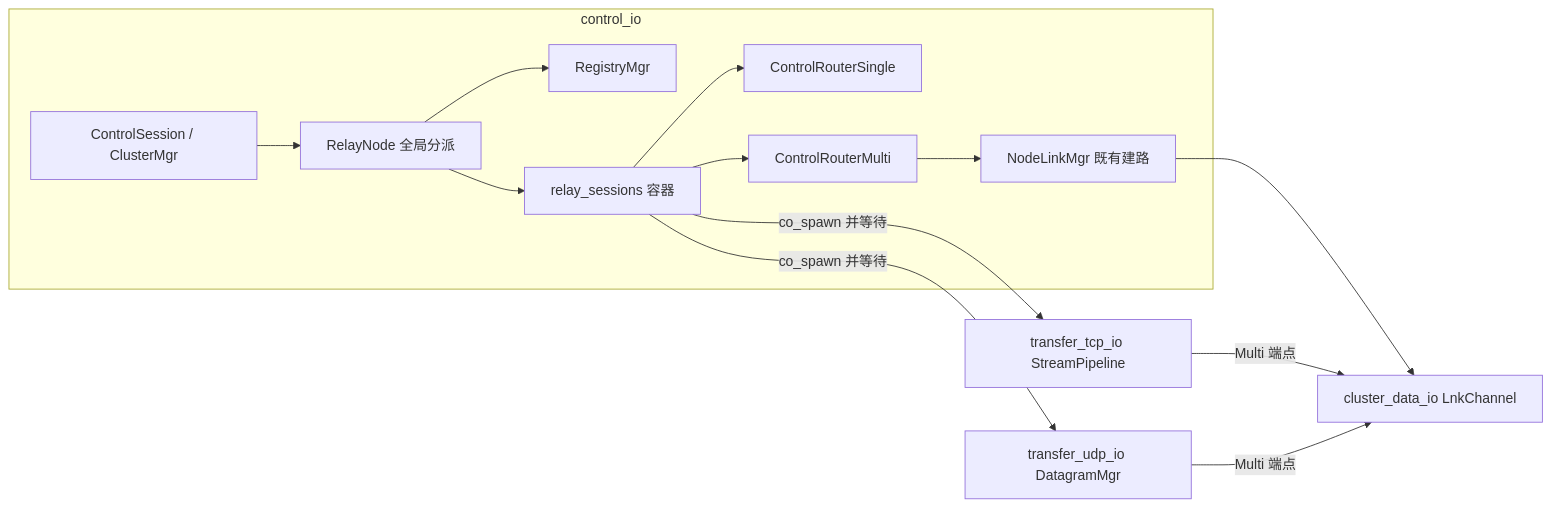
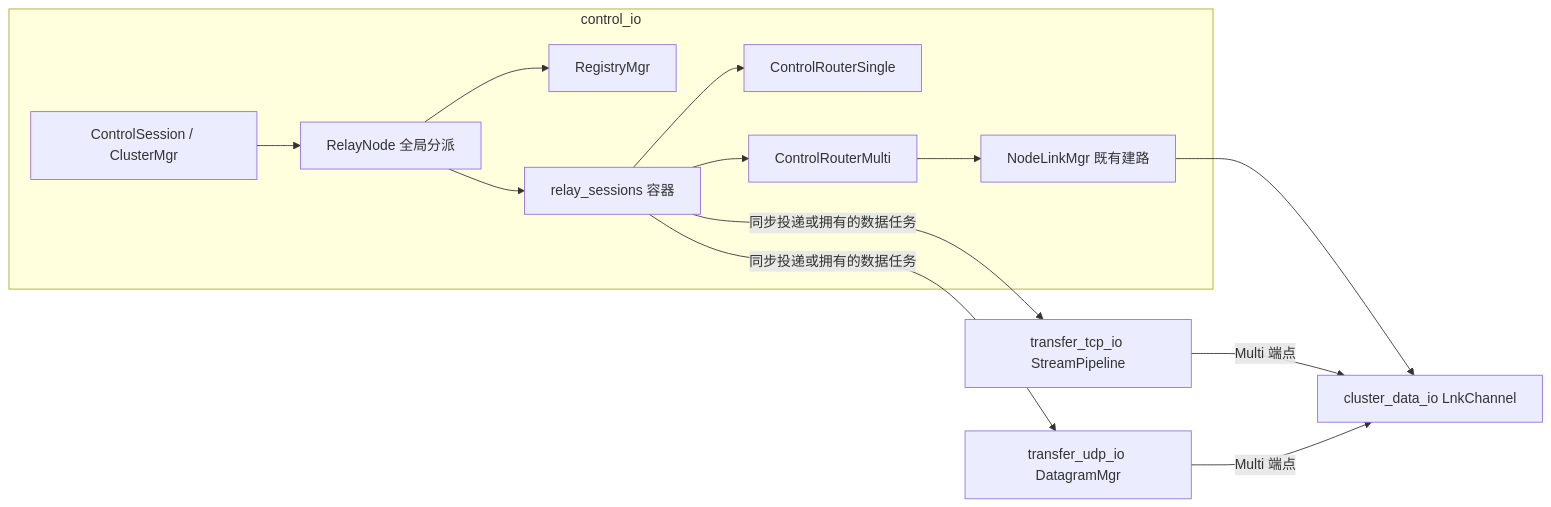
Before and after one commit to Xtinc/relayweave: the fifth of 12 diagrams in docs/RelayWeave设计.md, drawn with Mermaid. The commit also changed other lines of this file and 85 other files, not shown here.

````diff
--- a/docs/RelayWeave设计.md
+++ b/docs/RelayWeave设计.md
@@ -449,16 +473,16 @@
 ```mermaid
 flowchart LR
     subgraph C[control_io]
         CS[ControlSession / ClusterMgr] --> RN[RelayNode 全局分派]
         RN --> REG[RegistryMgr]
         RN --> RS[relay_sessions 容器]
         RS --> S[ControlRouterSingle]
         RS --> M[ControlRouterMulti]
         M --> NL[NodeLinkMgr 既有建路]
     end
-    RS -->|co_spawn 并等待| TCP[transfer_tcp_io StreamPipeline]
-    RS -->|co_spawn 并等待| UDP[transfer_udp_io DatagramMgr]
+    RS -->|同步投递或拥有的数据任务| TCP[transfer_tcp_io StreamPipeline]
+    RS -->|同步投递或拥有的数据任务| UDP[transfer_udp_io DatagramMgr]
     NL --> CD[cluster_data_io LnkChannel]
     TCP -->|Multi 端点| CD
     UDP -->|Multi 端点| CD
 ```
````
